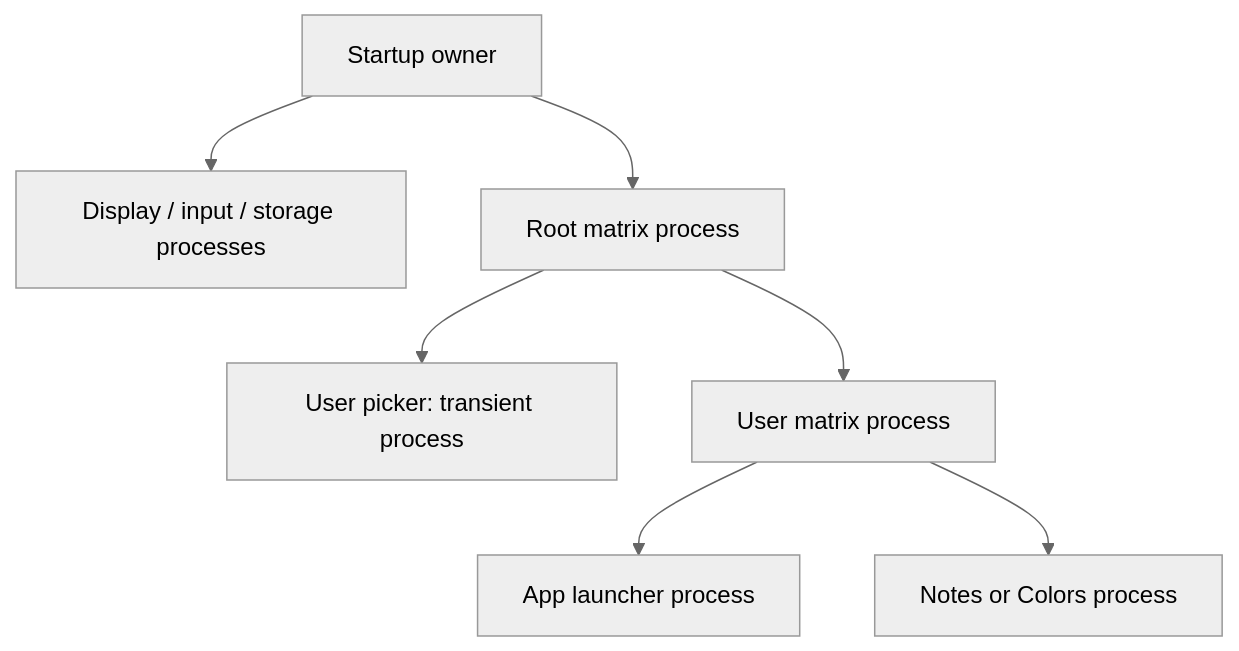
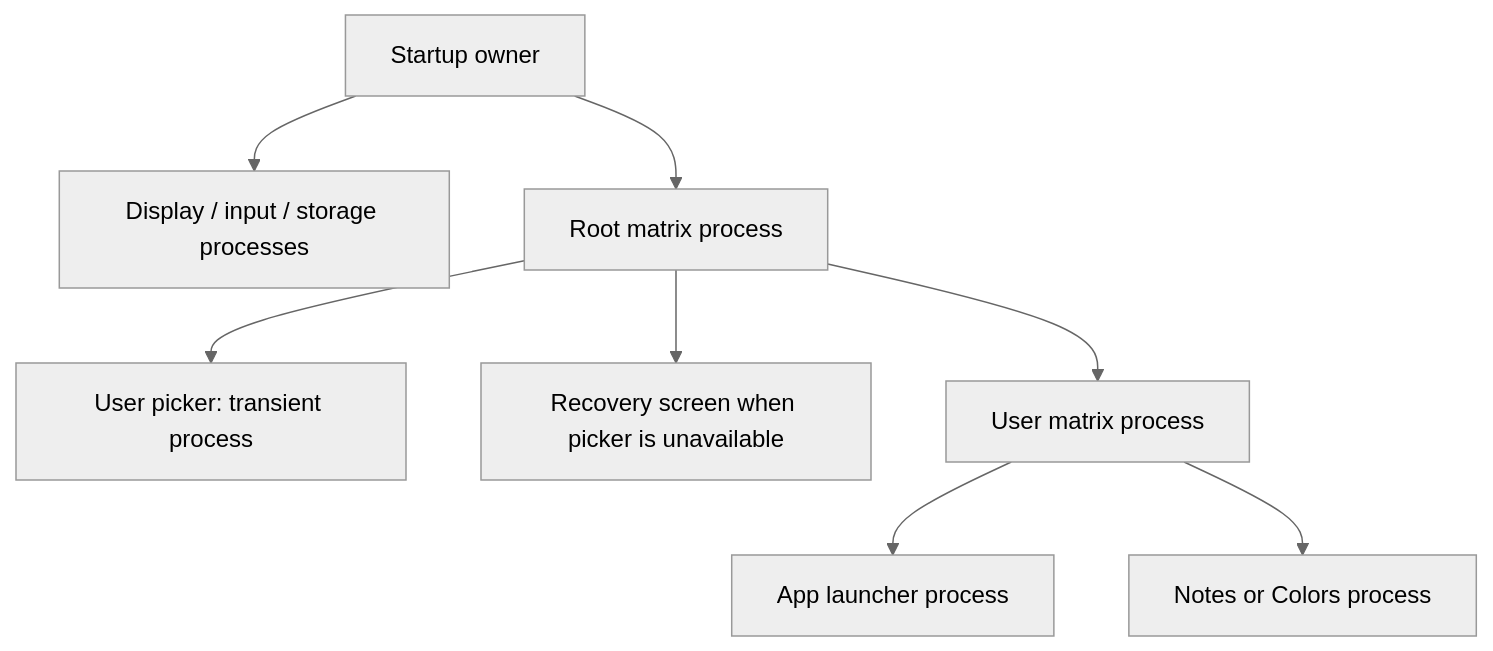
The diagram in source-rs/distribution/README.md (CathedralOS/Cathedral), drawn with Mermaid (neutral theme) before and after one commit. The commit also changed other lines of this file and 28 other files, not shown here.

````diff
--- a/source-rs/distribution/README.md
+++ b/source-rs/distribution/README.md
@@ -72,9 +79,10 @@
 ```mermaid
 flowchart TD
     owner[Startup owner] --> services[Display / input / storage processes]
     owner --> root[Root matrix process]
     root --> picker[User picker: transient process]
+    root --> recovery[Recovery screen when picker is unavailable]
     root --> user[User matrix process]
     user --> launcher[App launcher process]
     user --> app[Notes or Colors process]
 ```
````
